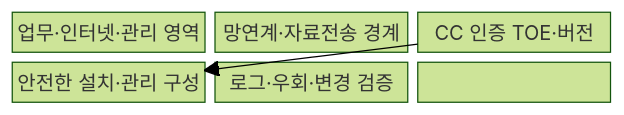
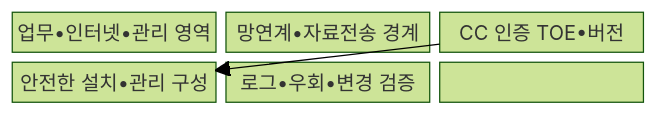
The first of 2 diagrams in src/content/docs/notes/05-security/118_network_separation_cc.md (agnusdei1207/knowledge-base), drawn with Mermaid (forest theme) before and after one commit. The commit also changed other lines of this file and 953 other files, not shown here.

````diff
--- a/src/content/docs/notes/05-security/118_network_separation_cc.md
+++ b/src/content/docs/notes/05-security/118_network_separation_cc.md
@@ -65,11 +65,11 @@
 ```mermaid
 block
   columns 3
-  Z["업무·인터넷·관리 영역"]
-  G["망연계·자료전송 경계"]
-  T["CC 인증 TOE·버전"]
-  C["안전한 설치·관리 구성"]
-  O["로그·우회·변경 검증"]
+  Z["업무•인터넷•관리 영역"]
+  G["망연계•자료전송 경계"]
+  T["CC 인증 TOE•버전"]
+  C["안전한 설치•관리 구성"]
+  O["로그•우회•변경 검증"]
   Z --> G --> C --> O
   T --> C
 ```
````
